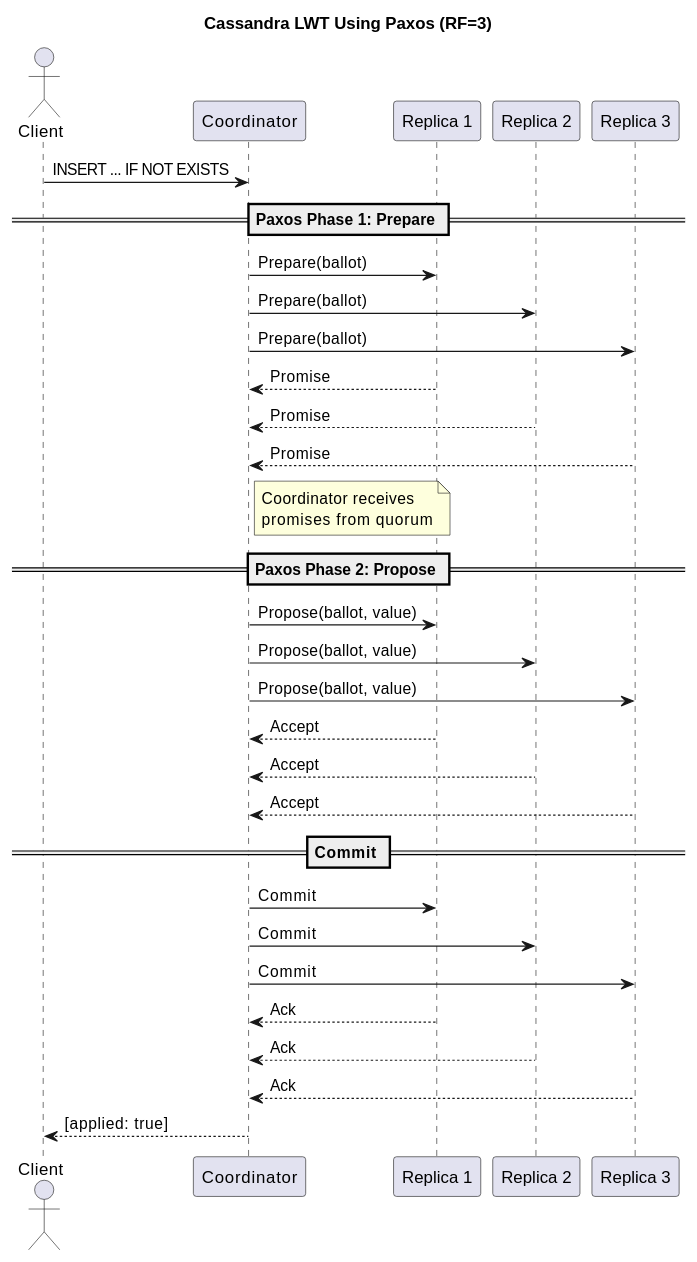
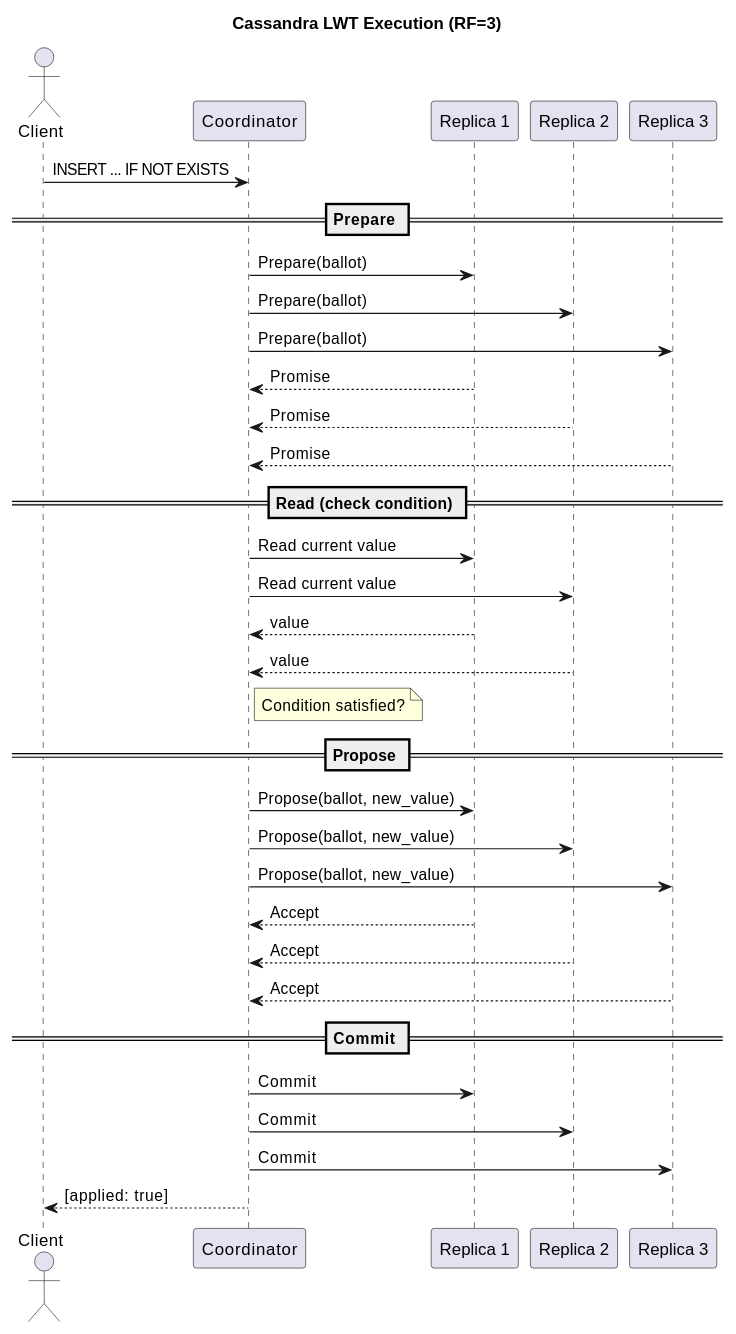
Before and after one commit to axonops/documentation: the third of 3 diagrams in docs/data-platforms/cassandra/architecture/distributed-data/paxos.md, drawn with PlantUML. The commit also changed other lines of this file, not shown here.

````diff
--- a/docs/data-platforms/cassandra/architecture/distributed-data/paxos.md
+++ b/docs/data-platforms/cassandra/architecture/distributed-data/paxos.md
@@ -314,51 +231,50 @@
 ```plantuml
 @startuml
 skinparam backgroundColor #FFFFFF
 skinparam defaultFontName Arial
 
-title Cassandra LWT Using Paxos (RF=3)
+title Cassandra LWT Execution (RF=3)
 
 actor Client
 participant "Coordinator" as C
 participant "Replica 1" as R1
 participant "Replica 2" as R2
 participant "Replica 3" as R3
 
 Client -> C : INSERT ... IF NOT EXISTS
 
-== Paxos Phase 1: Prepare ==
+== Prepare ==
 C -> R1 : Prepare(ballot)
 C -> R2 : Prepare(ballot)
 C -> R3 : Prepare(ballot)
 
 R1 --> C : Promise
 R2 --> C : Promise
 R3 --> C : Promise
 
-note right of C
-  Coordinator receives
-  promises from quorum
-end note
+== Read (check condition) ==
+C -> R1 : Read current value
+C -> R2 : Read current value
+R1 --> C : value
+R2 --> C : value
 
-== Paxos Phase 2: Propose ==
-C -> R1 : Propose(ballot, value)
-C -> R2 : Propose(ballot, value)
-C -> R3 : Propose(ballot, value)
+note right of C : Condition satisfied?
+
+== Propose ==
+C -> R1 : Propose(ballot, new_value)
+C -> R2 : Propose(ballot, new_value)
+C -> R3 : Propose(ballot, new_value)
 
 R1 --> C : Accept
 R2 --> C : Accept
 R3 --> C : Accept
 
 == Commit ==
 C -> R1 : Commit
 C -> R2 : Commit
 C -> R3 : Commit
 
-R1 --> C : Ack
-R2 --> C : Ack
-R3 --> C : Ack
-
 C --> Client : [applied: true]
 
 @enduml
 ```
````
